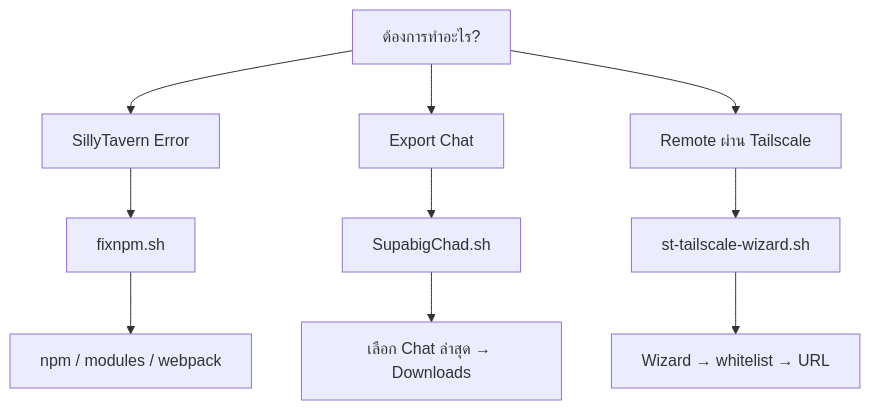
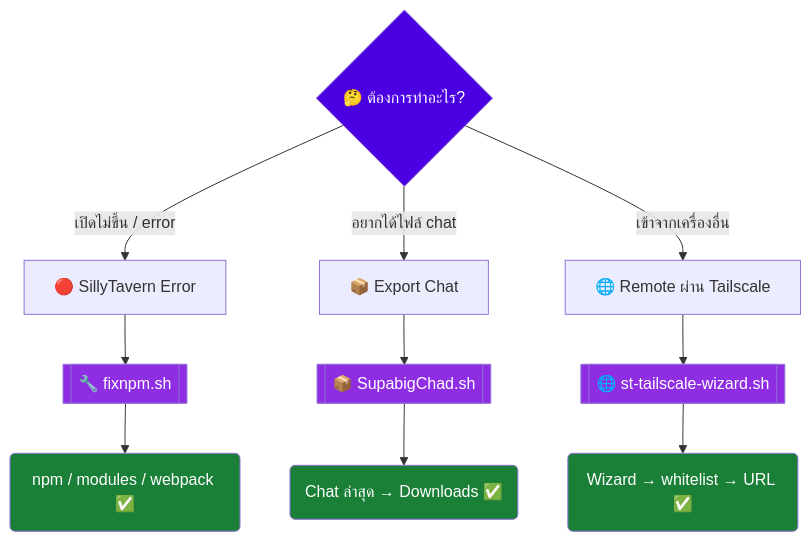
The second of 2 diagrams in README.md (Ze4llaboizeng/my-command), drawn with Mermaid before and after one commit. The commit also changed other lines of this file, not shown here.

````diff
--- a/README.md
+++ b/README.md
@@ -703,16 +516,24 @@
 ```mermaid
 flowchart TD
-    A["ต้องการทำอะไร?"]
+    A{"🤔 ต้องการทำอะไร?"}
 
-    A --> B["SillyTavern Error"]
-    A --> C["Export Chat"]
-    A --> D["Remote ผ่าน Tailscale"]
+    A -->|เปิดไม่ขึ้น / error| B["🔴 SillyTavern Error"]
+    A -->|อยากได้ไฟล์ chat| C["📦 Export Chat"]
+    A -->|เข้าจากเครื่องอื่น| D["🌐 Remote ผ่าน Tailscale"]
 
-    B --> B1["fixnpm.sh"]
-    C --> C1["SupabigChad.sh"]
-    D --> D1["st-tailscale-wizard.sh"]
+    B --> B1[["🔧 fixnpm.sh"]]
+    C --> C1[["📦 SupabigChad.sh"]]
+    D --> D1[["🌐 st-tailscale-wizard.sh"]]
 
-    B1 --> E["npm / modules / webpack"]
-    C1 --> F["เลือก Chat ล่าสุด → Downloads"]
-    D1 --> G["Wizard → whitelist → URL"]
+    B1 --> E("npm / modules / webpack ✅")
+    C1 --> F("Chat ล่าสุด → Downloads ✅")
+    D1 --> G("Wizard → whitelist → URL ✅")
+
+    style A fill:#4A00E0,color:#fff
+    style B1 fill:#8E2DE2,color:#fff
+    style C1 fill:#8E2DE2,color:#fff
+    style D1 fill:#8E2DE2,color:#fff
+    style E fill:#1a7f37,color:#fff
+    style F fill:#1a7f37,color:#fff
+    style G fill:#1a7f37,color:#fff
 ```
````
